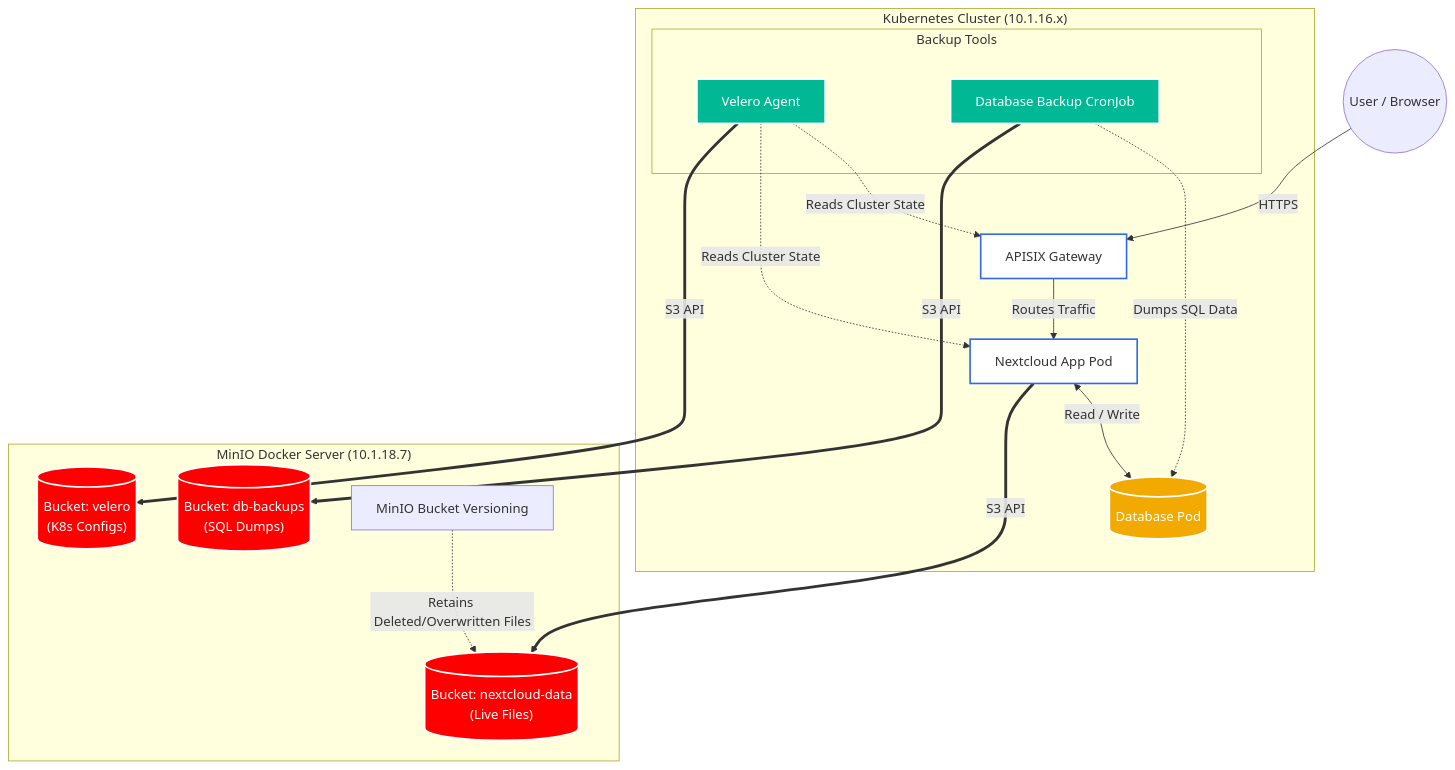
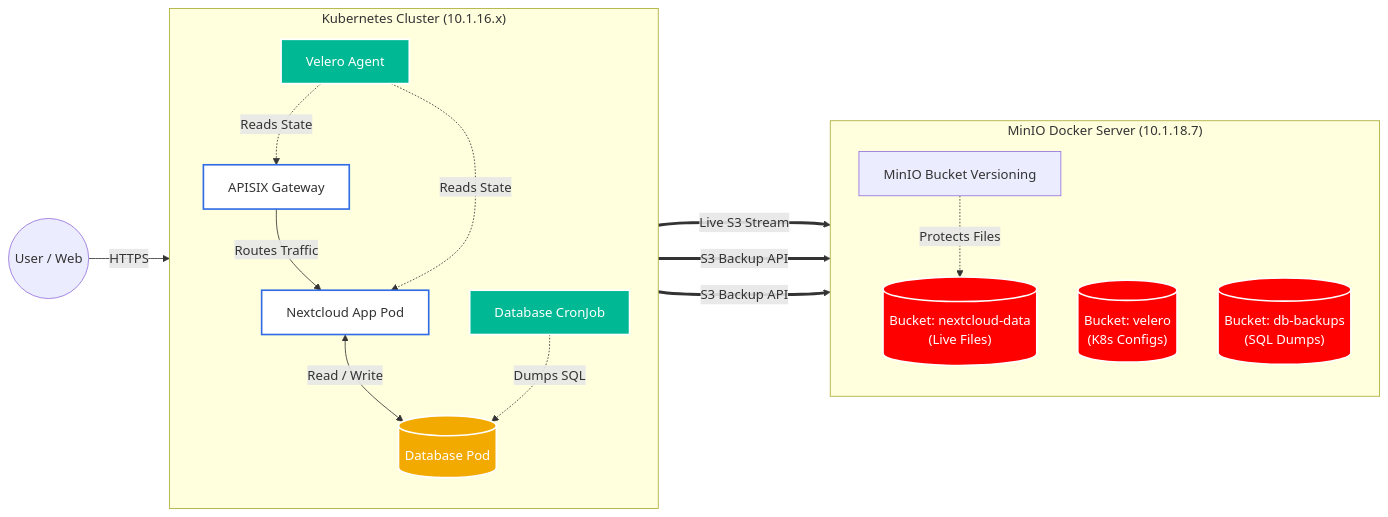
One commit to PorKeat/nextcloud-documentation changed the diagram in docs/15-enterprise-backup-architecture.md. Above: the diagram before and after it, drawn with Mermaid.

Commit message:
docs: fix mermaid layout rendering bugs

````diff
--- a/docs/15-enterprise-backup-architecture.md
+++ b/docs/15-enterprise-backup-architecture.md
@@ -9,46 +9,43 @@
 ```mermaid
-graph TD
+graph LR
     %% Styling
-    classDef k8s fill:#326ce5,stroke:#fff,stroke-width:2px,color:#fff;
     classDef storage fill:#ff0000,stroke:#fff,stroke-width:2px,color:#fff;
     classDef pod fill:#fff,stroke:#326ce5,stroke-width:2px,color:#333;
     classDef db fill:#f2a900,stroke:#fff,stroke-width:2px,color:#fff;
     classDef tool fill:#00b894,stroke:#fff,stroke-width:2px,color:#fff;
 
-    User((User / Browser)) -->|HTTPS| APISIX
+    User((User / Web)) -->|HTTPS| APISIX
 
     subgraph Kubernetes["Kubernetes Cluster (10.1.16.x)"]
+        direction TB
         APISIX[APISIX Gateway]:::pod
         NC[Nextcloud App Pod]:::pod
         DB[(Database Pod)]:::db
+        Velero[Velero Agent]:::tool
+        DBCron[Database CronJob]:::tool
         
         APISIX -->|Routes Traffic| NC
         NC <-->|Read / Write| DB
         
-        subgraph Backup_Tools["Backup Tools"]
-            Velero[Velero Agent]:::tool
-            DBCron[Database Backup CronJob]:::tool
-        end
-        
-        %% Tool Actions
-        Velero -.->|Reads Cluster State| APISIX
-        Velero -.->|Reads Cluster State| NC
-        DBCron -.->|Dumps SQL Data| DB
+        Velero -.->|Reads State| APISIX
+        Velero -.->|Reads State| NC
+        DBCron -.->|Dumps SQL| DB
     end
 
     subgraph Storage["MinIO Docker Server (10.1.18.7)"]
+        direction TB
         B1[("Bucket: nextcloud-data<br>(Live Files)")]:::storage
         B2[("Bucket: velero<br>(K8s Configs)")]:::storage
         B3[("Bucket: db-backups<br>(SQL Dumps)")]:::storage
+        Versioning[MinIO Bucket Versioning]
         
-        Versioning[MinIO Bucket Versioning]
-        Versioning -.->|Retains Deleted/Overwritten Files| B1
+        Versioning -.->|Protects Files| B1
     end
 
     %% Live Data Flow
-    NC ===>|S3 API| B1
+    NC ===>|Live S3 Stream| B1
     
     %% Backup Data Flow
-    Velero ===>|S3 API| B2
-    DBCron ===>|S3 API| B3
+    Velero ===>|S3 Backup API| B2
+    DBCron ===>|S3 Backup API| B3
 ```
````
